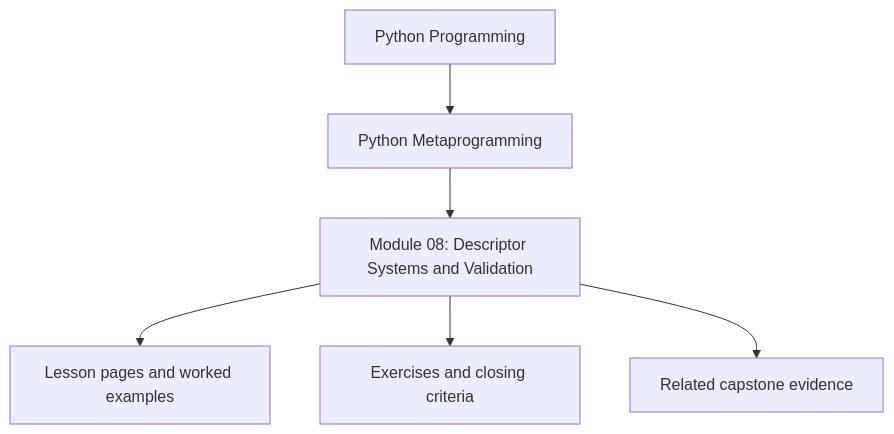
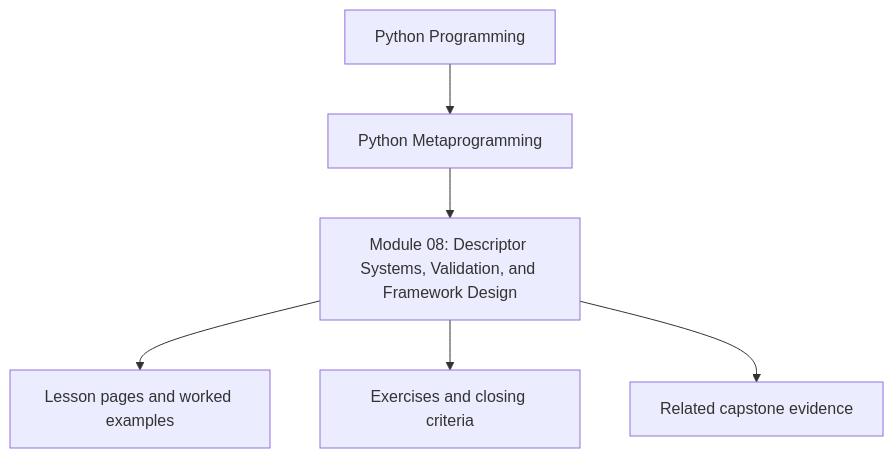
One commit to bijux/bijux-masterclass changed the first of 3 diagrams in programs/python-programming/python-meta-programming/course-book/module-08-descriptor-systems-and-validation/index.md. Above: the diagram before and after it, drawn with Mermaid. The commit also changed other lines of this file and 241 other files, not shown here.

````diff
--- a/programs/python-programming/python-meta-programming/course-book/module-08-descriptor-systems-and-validation/index.md
+++ b/programs/python-programming/python-meta-programming/course-book/module-08-descriptor-systems-and-validation/index.md
@@ -8,8 +8,8 @@
 ```mermaid
 flowchart TD
   family["Python Programming"] --> program["Python Metaprogramming"]
-  program --> module["Module 08: Descriptor Systems and Validation"]
+  program --> module["Module 08: Descriptor Systems, Validation, and Framework Design"]
   module --> lessons["Lesson pages and worked examples"]
   module --> checkpoints["Exercises and closing criteria"]
   module --> capstone["Related capstone evidence"]
 ```
````
